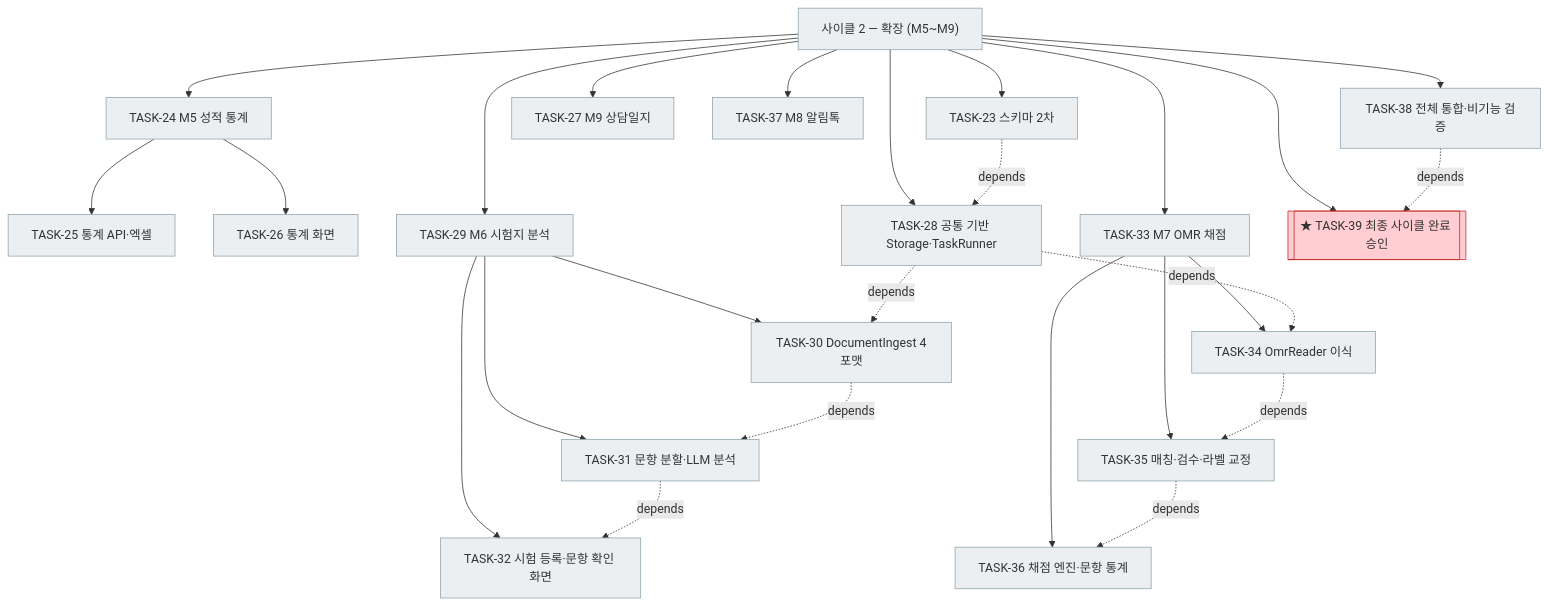
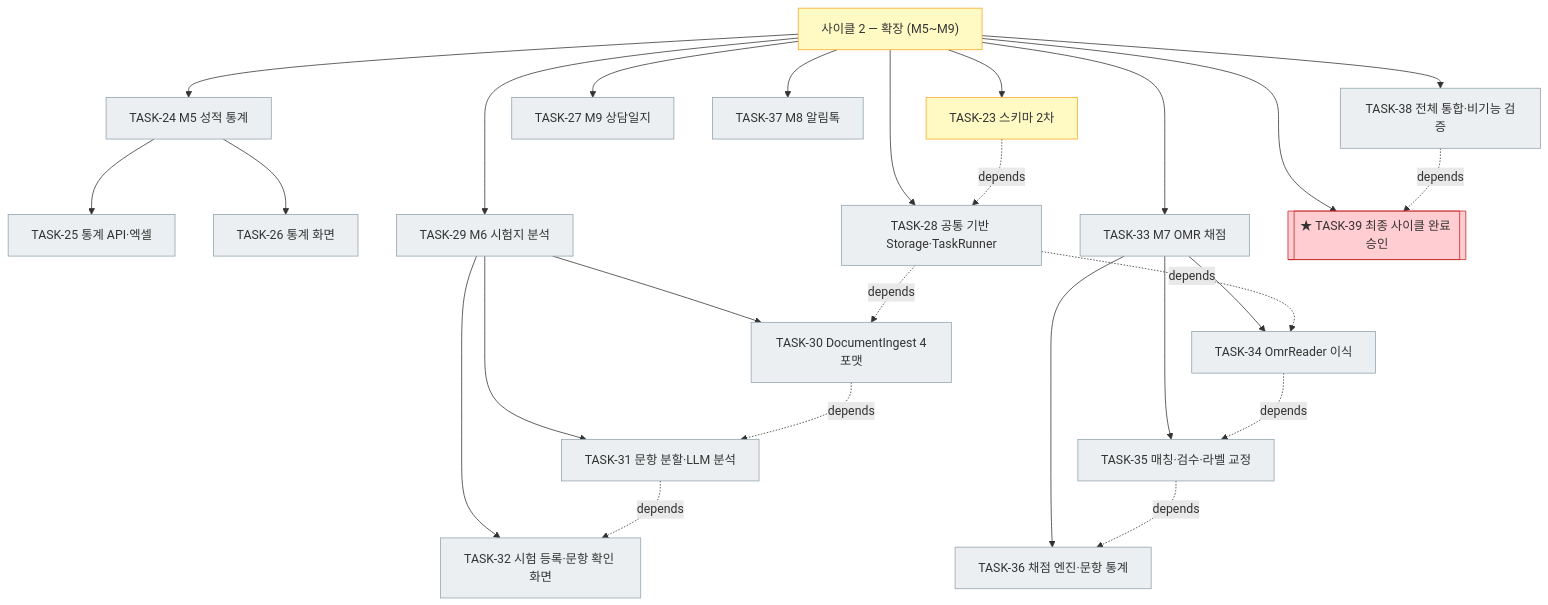
One commit to bluesky5008/mathdesk changed the third of 3 diagrams in docs/plan.md. Above: the diagram before and after it, drawn with Mermaid. The commit also changed other lines of this file and 2 other files, not shown here.

First line of the commit message:
docs: TASK-22 사이클 1(MVP) 완료 승인

````diff
--- a/docs/plan.md
+++ b/docs/plan.md
@@ -163,33 +163,33 @@
 ```mermaid
 flowchart TD
-    C2["사이클 2 — 확장 (M5~M9)"]:::todo
-    C2 --> T23["TASK-23 스키마 2차"]:::todo
+    C2["사이클 2 — 확장 (M5~M9)"]:::active
+    C2 --> T23["TASK-23 스키마 2차"]:::active
     C2 --> T24["TASK-24 M5 성적 통계"]:::todo
     T24 --> T25["TASK-25 통계 API·엑셀"]:::todo
     T24 --> T26["TASK-26 통계 화면"]:::todo
     C2 --> T27["TASK-27 M9 상담일지"]:::todo
     C2 --> T28["TASK-28 공통 기반 Storage·TaskRunner"]:::todo
     C2 --> T29["TASK-29 M6 시험지 분석"]:::todo
     T29 --> T30["TASK-30 DocumentIngest 4포맷"]:::todo
     T29 --> T31["TASK-31 문항 분할·LLM 분석"]:::todo
     T29 --> T32["TASK-32 시험 등록·문항 확인 화면"]:::todo
     C2 --> T33["TASK-33 M7 OMR 채점"]:::todo
     T33 --> T34["TASK-34 OmrReader 이식"]:::todo
     T33 --> T35["TASK-35 매칭·검수·라벨 교정"]:::todo
     T33 --> T36["TASK-36 채점 엔진·문항 통계"]:::todo
     C2 --> T37["TASK-37 M8 알림톡"]:::todo
     C2 --> T38["TASK-38 전체 통합·비기능 검증"]:::todo
     C2 --> T39[["★ TASK-39 최종 사이클 완료 승인"]]:::gate
     T23 -. depends .-> T28
     T28 -. depends .-> T30
     T30 -. depends .-> T31
     T31 -. depends .-> T32
     T28 -. depends .-> T34
     T34 -. depends .-> T35
     T35 -. depends .-> T36
     T38 -. depends .-> T39
     classDef done fill:#c8e6c9,stroke:#2e7d32
     classDef active fill:#fff9c4,stroke:#f9a825
     classDef todo fill:#eceff1,stroke:#90a4ae
     classDef gate fill:#ffcdd2,stroke:#c62828
 ```
````
